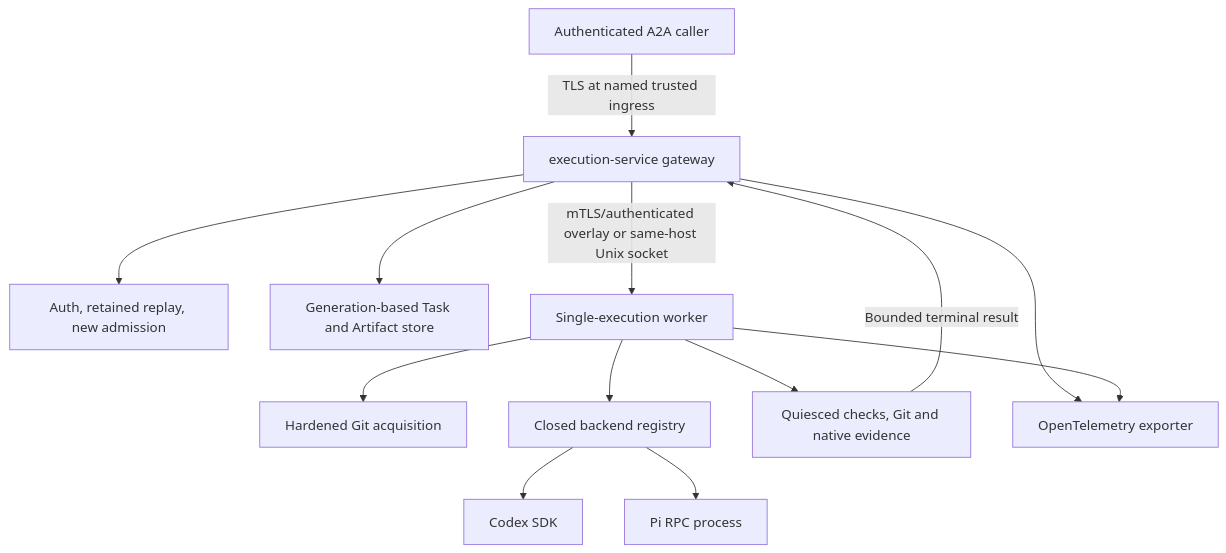
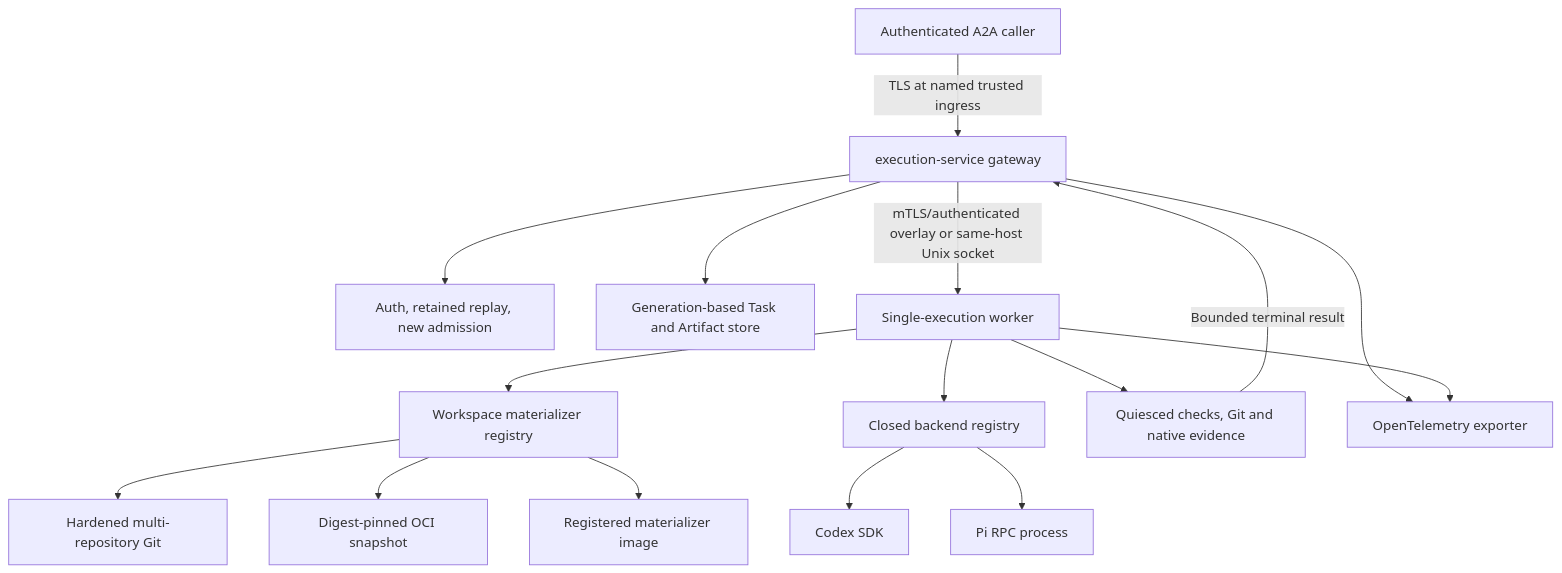
One commit to EntityProcess/allagents changed the first of 4 diagrams in docs/plans/2026-09-18-0837-feat-coding-execution-gateway-plan.md. Above: the diagram before and after it, drawn with Mermaid. The commit also changed other lines of this file and 2 other files, not shown here.

Commit message:
docs(architecture): define registered workspace materializers

````diff
--- a/docs/plans/2026-09-18-0837-feat-coding-execution-gateway-plan.md
+++ b/docs/plans/2026-09-18-0837-feat-coding-execution-gateway-plan.md
@@ -222,15 +402,18 @@
 ```mermaid
 flowchart TB
   Caller[Authenticated A2A caller] -->|TLS at named trusted ingress| Gateway[execution-service gateway]
   Gateway --> Auth[Auth, retained replay, new admission]
   Gateway --> Store[Generation-based Task and Artifact store]
   Gateway -->|mTLS/authenticated overlay or same-host Unix socket| Worker[Single-execution worker]
-  Worker --> Source[Hardened Git acquisition]
+  Worker --> Materialization[Workspace materializer registry]
+  Materialization --> Git[Hardened multi-repository Git]
+  Materialization --> OCI[Digest-pinned OCI snapshot]
+  Materialization --> Custom[Registered materializer image]
   Worker --> Registry[Closed backend registry]
   Registry --> Codex[Codex SDK]
   Registry --> Pi[Pi RPC process]
   Worker --> Evidence[Quiesced checks, Git and native evidence]
   Evidence -->|Bounded terminal result| Gateway
   Gateway --> Telemetry[OpenTelemetry exporter]
   Worker --> Telemetry
 ```
````
